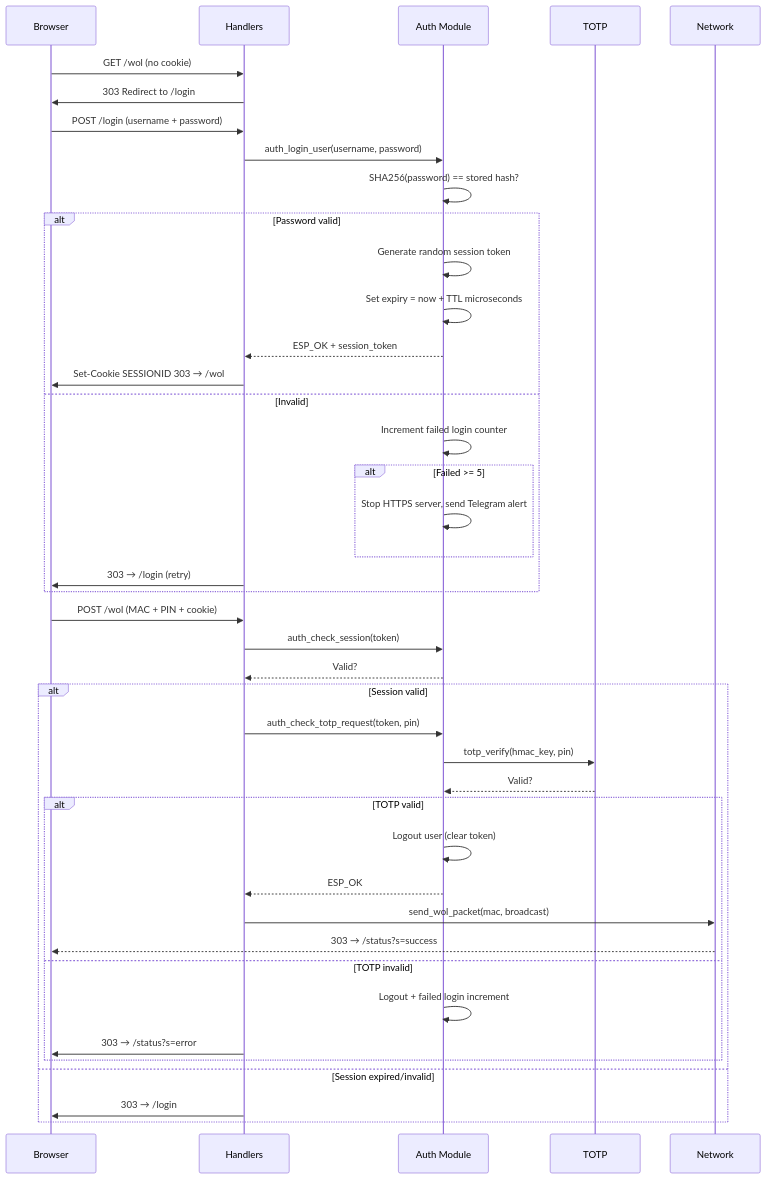
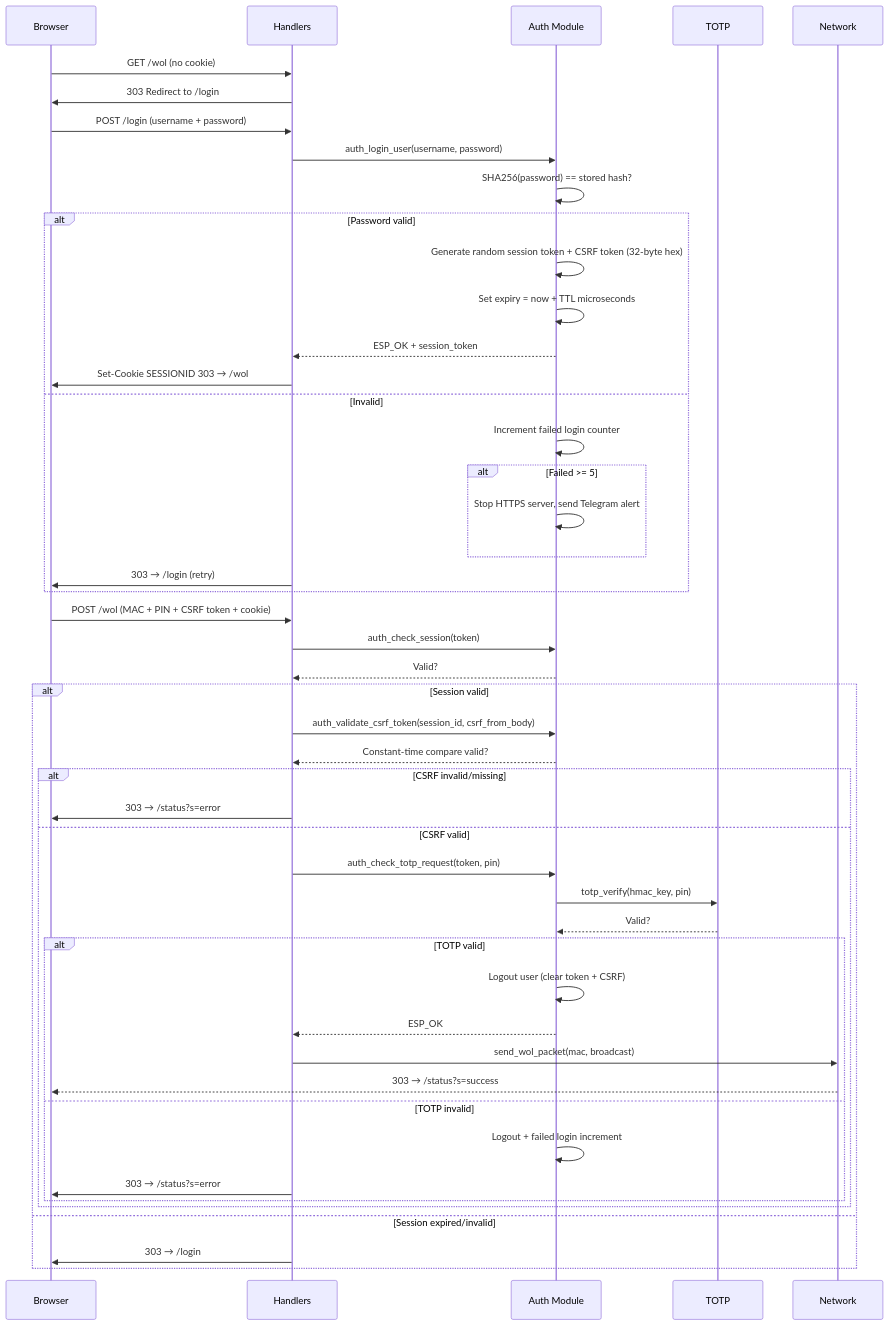
The second of 8 diagrams in LLMs.md (CenturySturgeon/Esp32WOL), drawn with Mermaid before and after one commit. The commit also changed other lines of this file, not shown here.

````diff
--- a/LLMs.md
+++ b/LLMs.md
@@ -191,46 +193,52 @@
 ```mermaid
 sequenceDiagram
     participant B as Browser
     participant H as Handlers
     participant A as Auth Module
     participant T as TOTP
     participant N as Network
 
     B->>H: GET /wol (no cookie)
     H->>B: 303 Redirect to /login
     B->>H: POST /login (username + password)
     H->>A: auth_login_user(username, password)
     A->>A: SHA256(password) == stored hash?
     alt Password valid
-        A->>A: Generate random session token
+        A->>A: Generate random session token + CSRF token (32-byte hex)
         A->>A: Set expiry = now + TTL microseconds
         A-->>H: ESP_OK + session_token
         H->>B: Set-Cookie SESSIONID 303 → /wol
     else Invalid
         A->>A: Increment failed login counter
         alt Failed >= 5
             A->>A: Stop HTTPS server, send Telegram alert
         end
         H->>B: 303 → /login (retry)
     end
 
-    B->>H: POST /wol (MAC + PIN + cookie)
+    B->>H: POST /wol (MAC + PIN + CSRF token + cookie)
     H->>A: auth_check_session(token)
     A-->>H: Valid?
     alt Session valid
-        H->>A: auth_check_totp_request(token, pin)
-        A->>T: totp_verify(hmac_key, pin)
-        T-->>A: Valid?
-        alt TOTP valid
-            A->>A: Logout user (clear token)
-            A-->>H: ESP_OK
-            H->>N: send_wol_packet(mac, broadcast)
-            N-->>B: 303 → /status?s=success
-        else TOTP invalid
-            A->>A: Logout + failed login increment
+        H->>A: auth_validate_csrf_token(session_id, csrf_from_body)
+        A-->>H: Constant-time compare valid?
+        alt CSRF invalid/missing
             H->>B: 303 → /status?s=error
+        else CSRF valid
+            H->>A: auth_check_totp_request(token, pin)
+            A->>T: totp_verify(hmac_key, pin)
+            T-->>A: Valid?
+            alt TOTP valid
+                A->>A: Logout user (clear token + CSRF)
+                A-->>H: ESP_OK
+                H->>N: send_wol_packet(mac, broadcast)
+                N-->>B: 303 → /status?s=success
+            else TOTP invalid
+                A->>A: Logout + failed login increment
+                H->>B: 303 → /status?s=error
+            end
         end
     else Session expired/invalid
         H->>B: 303 → /login
     end
 ```
````
